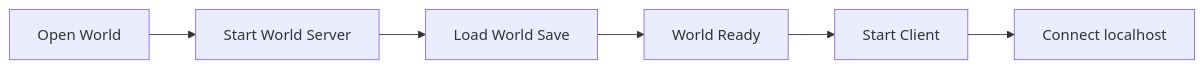
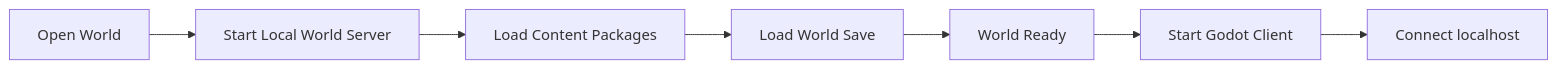
The diagram in architecture/world-runtime.md (Ri0n72Y/idea-slime-bar), drawn with Mermaid before and after one commit. The commit also changed other lines of this file, not shown here.

Commit message:
docs: simplify world server runtime role

````diff
--- a/architecture/world-runtime.md
+++ b/architecture/world-runtime.md
@@ -19,15 +35,17 @@
 ```mermaid
 flowchart LR
     Open[Open World]
-    Start[Start World Server]
-    Load[Load World Save]
+    Start[Start Local World Server]
+    Packages[Load Content Packages]
+    Save[Load World Save]
     Ready[World Ready]
-    Client[Start Client]
+    Godot[Start Godot Client]
     Connect[Connect localhost]
 
     Open --> Start
-    Start --> Load
-    Load --> Ready
-    Ready --> Client
-    Client --> Connect
+    Start --> Packages
+    Packages --> Save
+    Save --> Ready
+    Ready --> Godot
+    Godot --> Connect
 ```
````
